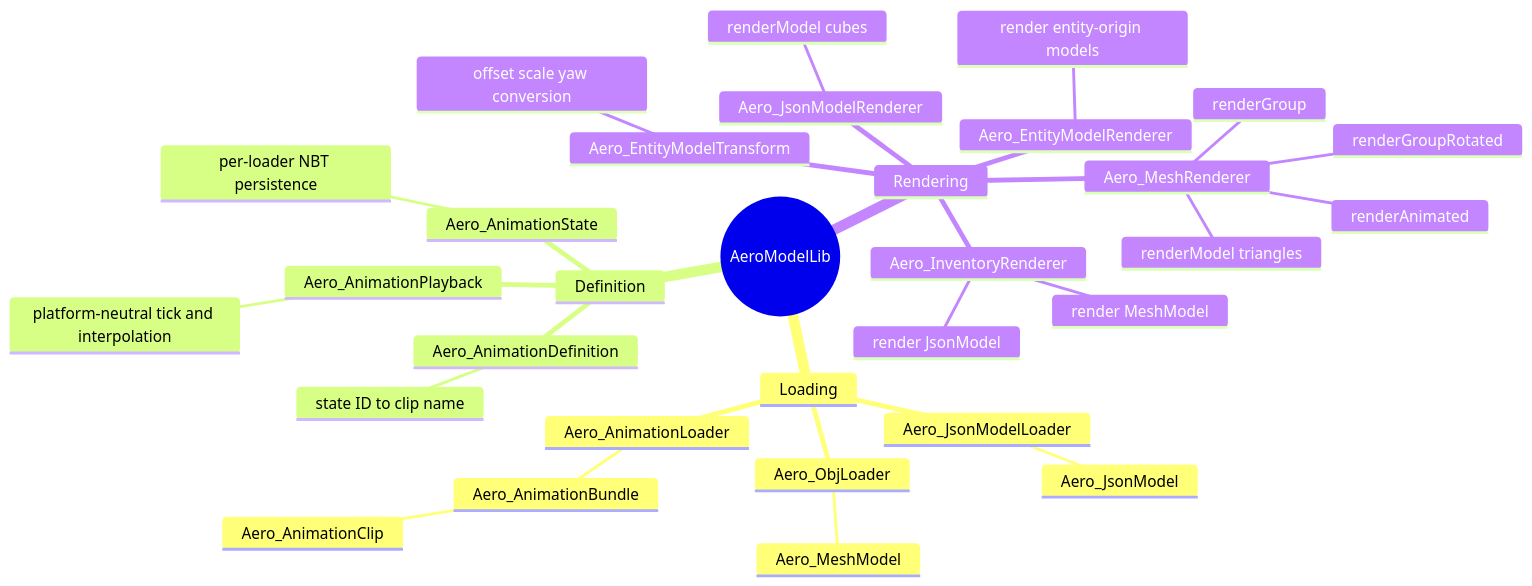
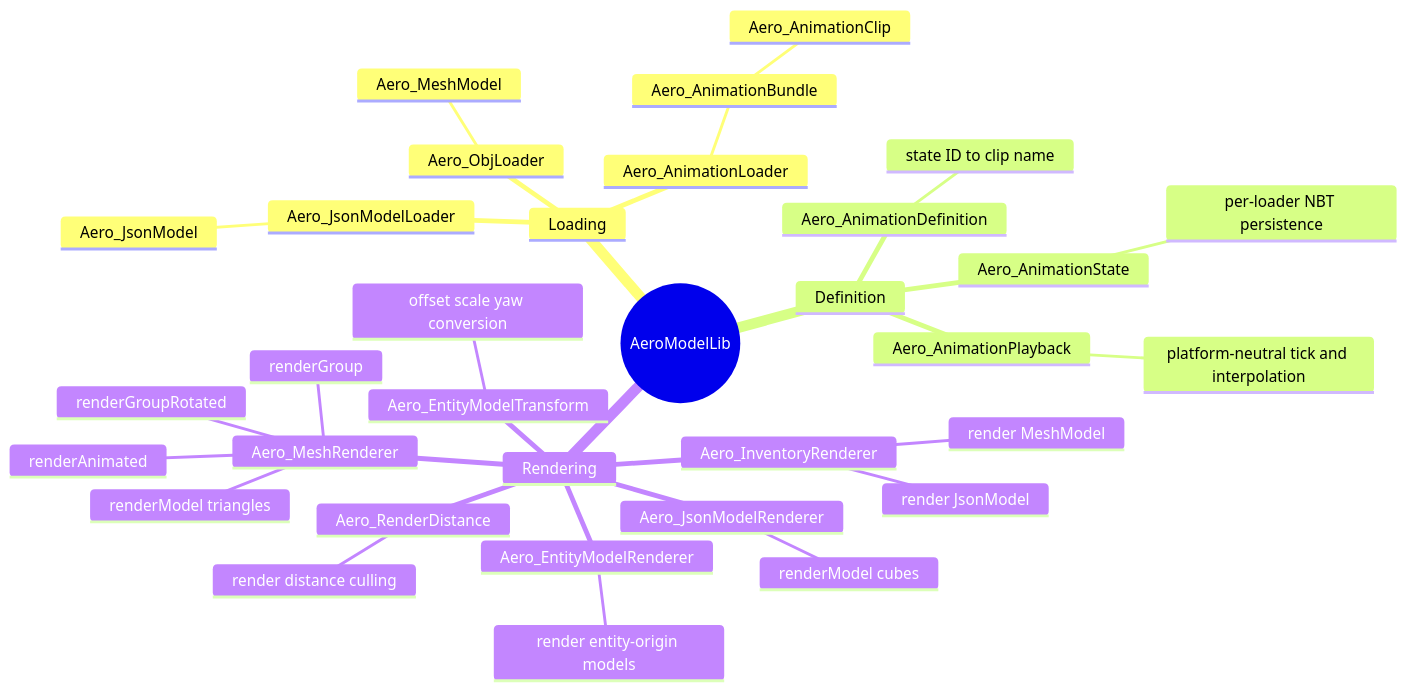
Before and after one commit to lucasrgt/aero-model-lib: the first of 7 diagrams in DOC.md, drawn with Mermaid. The commit also changed other lines of this file and 38 other files, not shown here.

Commit message:
feat: cap render distance culling

````diff
--- a/DOC.md
+++ b/DOC.md
@@ -113,34 +117,36 @@
 ```mermaid
 mindmap
   root((AeroModelLib))
     Loading
       Aero_JsonModelLoader
         Aero_JsonModel
       Aero_ObjLoader
         Aero_MeshModel
       Aero_AnimationLoader
         Aero_AnimationBundle
           Aero_AnimationClip
     Definition
       Aero_AnimationDefinition
         state ID to clip name
       Aero_AnimationPlayback
         platform-neutral tick and interpolation
       Aero_AnimationState
         per-loader NBT persistence
     Rendering
       Aero_JsonModelRenderer
         renderModel cubes
       Aero_MeshRenderer
         renderModel triangles
         renderAnimated
         renderGroup
         renderGroupRotated
       Aero_EntityModelRenderer
         render entity-origin models
       Aero_EntityModelTransform
         offset scale yaw conversion
+      Aero_RenderDistance
+        render distance culling
       Aero_InventoryRenderer
         render JsonModel
         render MeshModel
 ```
````
